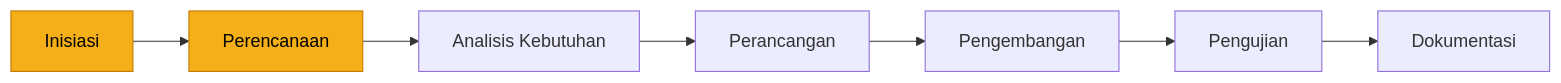
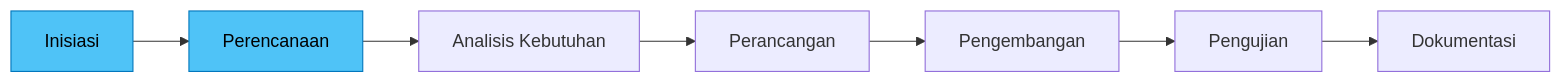
One commit to MPPL01022026/Kelompok-11 changed the diagram in README.md. Above: the diagram before and after it, drawn with Mermaid. The commit also changed other lines of this file and 2 other files, not shown here.

````diff
--- a/README.md
+++ b/README.md
@@ -57,6 +57,6 @@
 ```mermaid
 flowchart LR
     A[Inisiasi] --> B[Perencanaan] --> C[Analisis Kebutuhan] --> D[Perancangan] --> E[Pengembangan] --> F[Pengujian] --> G[Dokumentasi]
-    style A fill:#f5af19,stroke:#c77700,color:#000
-    style B fill:#f5af19,stroke:#c77700,color:#000
+    style A fill:#4fc3f7,stroke:#0277bd,color:#000
+    style B fill:#4fc3f7,stroke:#0277bd,color:#000
 ```
````
